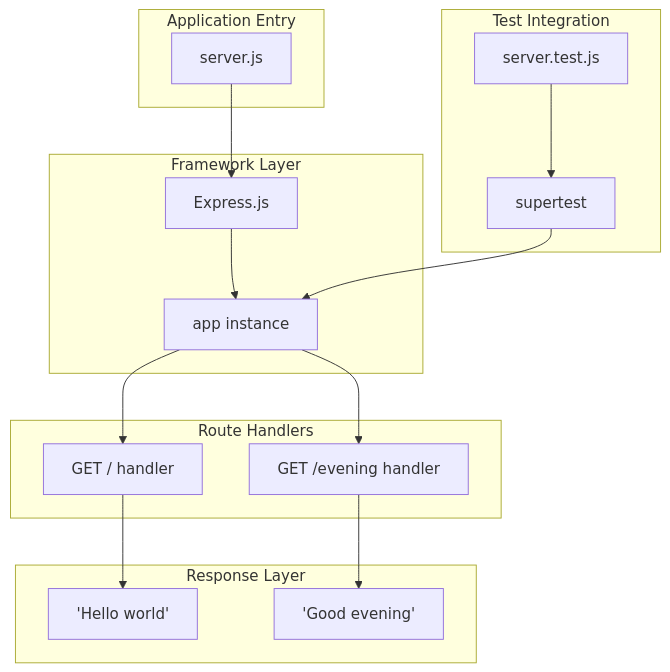
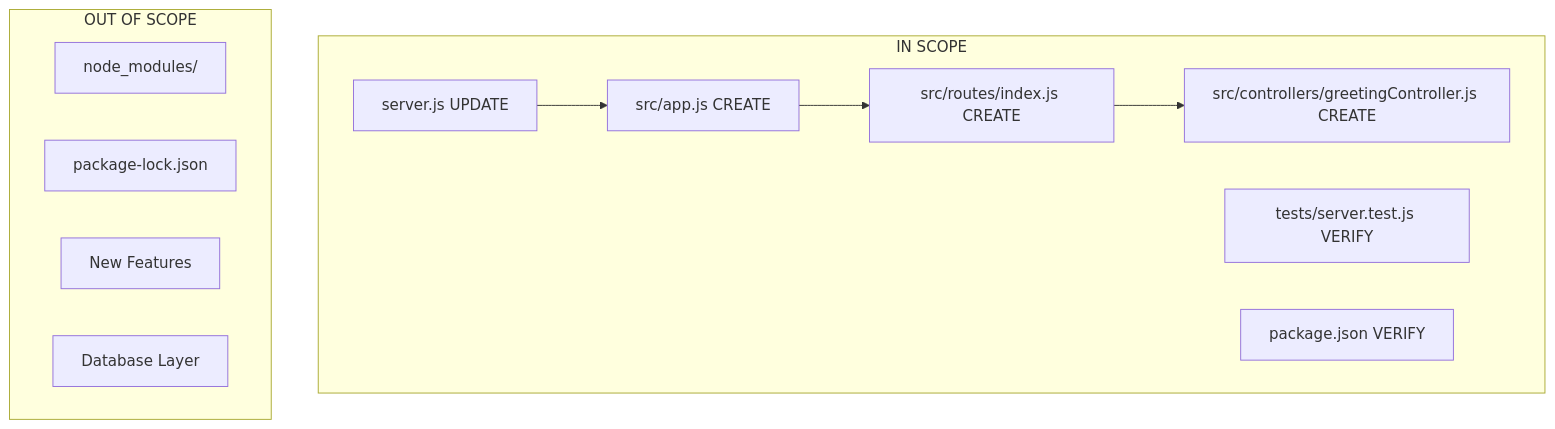
The diagram in blitzy/documentation/Technical Specifications.md (sudhanshu-spec/Repo-Test-Sud), drawn with Mermaid before and after one commit. The commit also changed other lines of this file, not shown here.

````diff
--- a/blitzy/documentation/Technical Specifications.md
+++ b/blitzy/documentation/Technical Specifications.md
@@ -432,35 +598,22 @@
 ```mermaid
 graph TB
-    subgraph "Application Entry"
-        A[server.js]
+    subgraph "IN SCOPE"
+        A[server.js UPDATE]
+        B[src/app.js CREATE]
+        C[src/routes/index.js CREATE]
+        D[src/controllers/greetingController.js CREATE]
+        E[tests/server.test.js VERIFY]
+        F[package.json VERIFY]
     end
     
-    subgraph "Framework Layer"
-        B[Express.js]
-        C[app instance]
-    end
-    
-    subgraph "Route Handlers"
-        D["GET / handler"]
-        E["GET /evening handler"]
-    end
-    
-    subgraph "Response Layer"
-        F["'Hello world'"]
-        G["'Good evening'"]
-    end
-    
-    subgraph "Test Integration"
-        H[supertest]
-        I[server.test.js]
+    subgraph "OUT OF SCOPE"
+        G[node_modules/]
+        H[package-lock.json]
+        I[New Features]
+        J[Database Layer]
     end
     
     A --> B
     B --> C
     C --> D
-    C --> E
-    D --> F
-    E --> G
-    I --> H
-    H --> C
 ```
````
